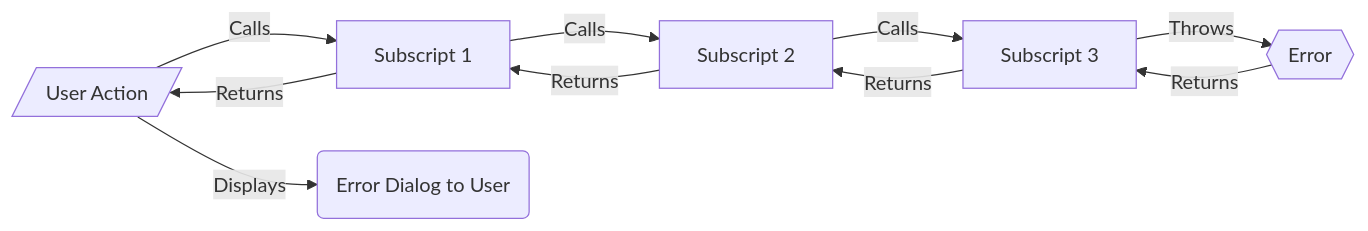
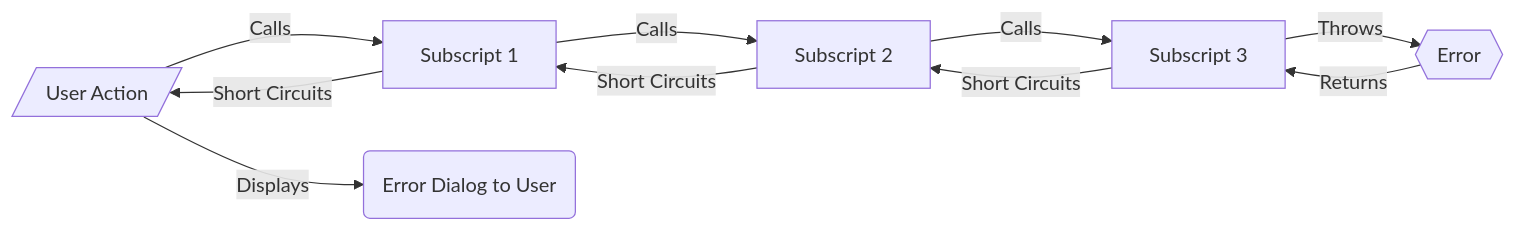
The second of 2 diagrams in Diagram Error Flow - Common.md (CloudChi/FX-Framework), drawn with Mermaid before and after one commit. The commit also changed other lines of this file, not shown here.

Commit message:
Update Diagram Error Flow - Common.md

````diff
--- a/Diagram Error Flow - Common.md
+++ b/Diagram Error Flow - Common.md
@@ -20,12 +20,12 @@
 ```mermaid
 graph LR
     A[/User Action/] -- Calls --> B[Subscript 1] 
     B -- Calls --> C[Subscript 2] 
     C -- Calls --> D[Subscript 3] 
     D -- Throws --> E{{Error}}
     E -- Returns --> D
-    D -- Returns --> C
-    C -- Returns --> B
-    B -- Returns --> A
+    D -- Short Circuits --> C
+    C -- Short Circuits --> B
+    B -- Short Circuits --> A
     A -- Displays --> F(Error Dialog to User)
 ```
````
